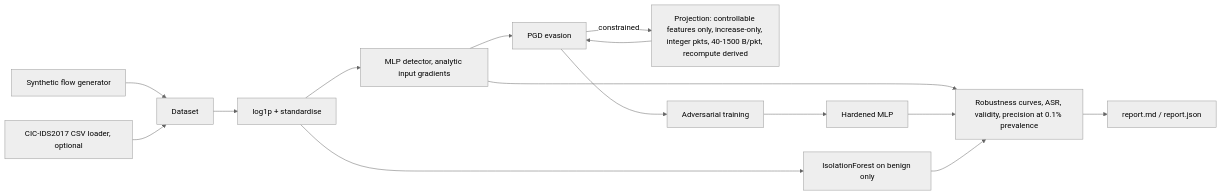
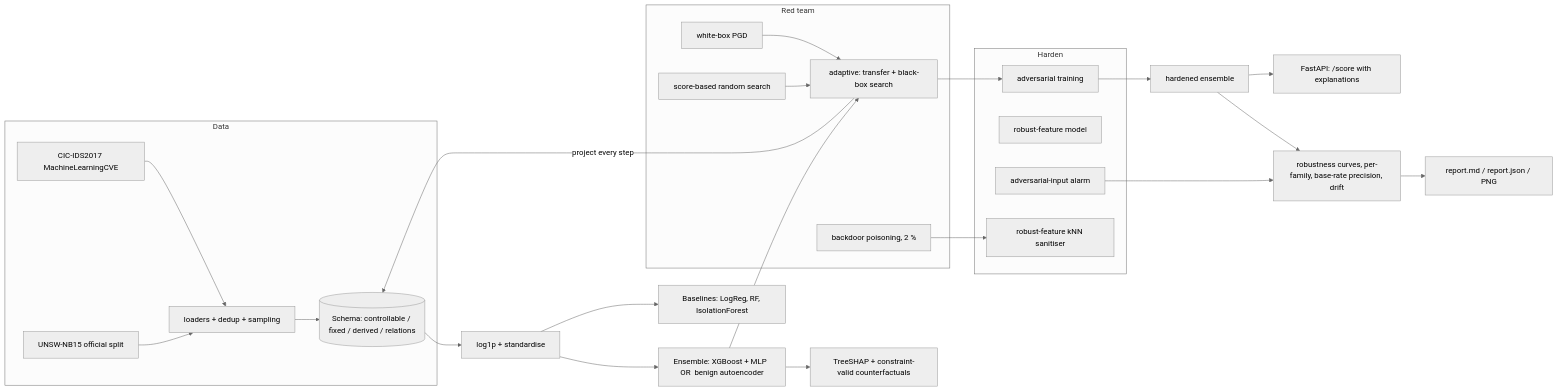
The diagram in README.md (rakshit-737/feint), drawn with Mermaid (neutral theme) before and after one commit. The commit also changed other lines of this file, not shown here.

Commit message:
docs: rewrite README with real CIC-IDS2017 and UNSW-NB15 results

````diff
--- a/README.md
+++ b/README.md
@@ -9,16 +87,31 @@
 ```mermaid
 flowchart LR
-  S[Synthetic flow generator] --> D[Dataset]
-  C[CIC-IDS2017 CSV loader, optional] --> D
-  D --> P[log1p + standardise]
-  P --> M[MLP detector, analytic input gradients]
-  P --> I[IsolationForest on benign only]
-  M --> A[PGD evasion]
-  A -->|constrained| K[Projection: controllable features only, increase-only, integer pkts, 40-1500 B/pkt, recompute derived]
-  K --> A
-  A --> H[Adversarial training]
-  H --> M2[Hardened MLP]
-  M & M2 --> E[Robustness curves, ASR, validity, precision at 0.1% prevalence]
-  I --> E
-  E --> R[report.md / report.json]
+  subgraph Data
+    CIC[CIC-IDS2017 MachineLearningCVE] --> L[loaders + dedup + sampling]
+    UNSW[UNSW-NB15 official split] --> L
+    L --> S[(Schema: controllable / fixed / derived / relations)]
+  end
+  S --> P[log1p + standardise]
+  P --> ENS[Ensemble: XGBoost + MLP  OR  benign autoencoder]
+  P --> BL[Baselines: LogReg, RF, IsolationForest]
+  subgraph RedTeam[Red team]
+    PGD[white-box PGD] --> ADA[adaptive: transfer + black-box search]
+    RS[score-based random search] --> ADA
+    ADA -->|project every step| S
+    POI[backdoor poisoning, 2 %]
+  end
+  ENS --> ADA
+  subgraph Harden
+    AT[adversarial training]
+    RF2[robust-feature model]
+    AID[adversarial-input alarm]
+    SAN[robust-feature kNN sanitiser]
+  end
+  ADA --> AT --> ENS2[hardened ensemble]
+  POI --> SAN
+  ENS --> X[TreeSHAP + constraint-valid counterfactuals]
+  ENS2 --> EV[robustness curves, per-family, base-rate precision, drift]
+  AID --> EV
+  EV --> R[report.md / report.json / PNG]
+  ENS2 --> API[FastAPI: /score with explanations]
 ```
````
